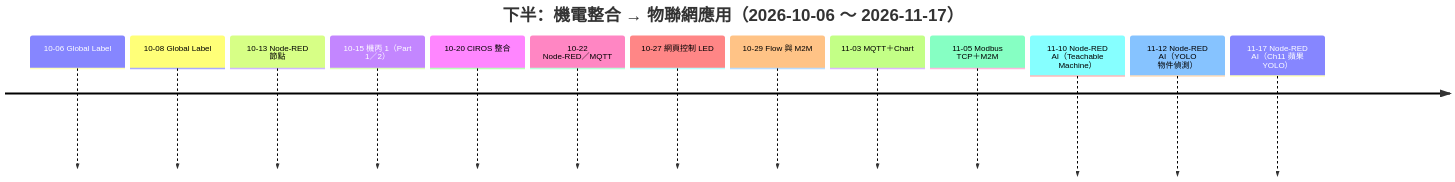
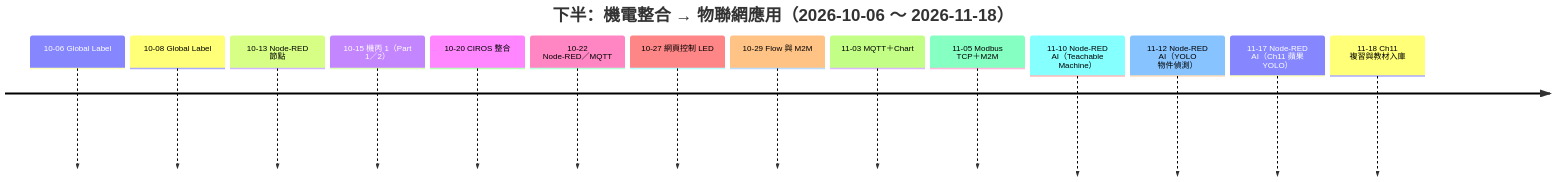
The fifth of 6 diagrams in README.md (yd7148/INDUSTRY-4.0), drawn with Mermaid before and after one commit. The commit also changed other lines of this file and 4 other files, not shown here.

Commit message:
Sync docs for Class-26 (26 classes, 27 videos, timeline and SVG)

````diff
--- a/README.md
+++ b/README.md
@@ -228,17 +238,18 @@
 ```mermaid
 timeline
-    title 下半：機電整合 → 物聯網應用（2026-10-06 ～ 2026-11-17）
+    title 下半：機電整合 → 物聯網應用（2026-10-06 ～ 2026-11-18）
     10-06 Global Label
     10-08 Global Label
     10-13 Node-RED 節點
     10-15 機丙 1（Part 1／2）
     10-20 CIROS 整合
     10-22 Node-RED／MQTT
     10-27 網頁控制 LED
     10-29 Flow 與 M2M
     11-03 MQTT＋Chart
     11-05 Modbus TCP＋M2M
     11-10 Node-RED AI（Teachable Machine）
     11-12 Node-RED AI（YOLO 物件偵測）
     11-17 Node-RED AI（Ch11 蘋果 YOLO）
+    11-18 Ch11 複習與教材入庫
 ```
````
